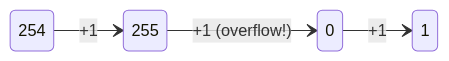
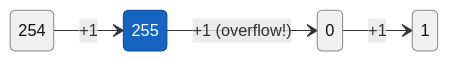
One commit to marcusjobb/YRGO-CLO26-HT26Kursmaterial changed the second of 3 diagrams in CLO26/kurs-01-grundlaggande-oop/01_verktyg_och_git/programmeringstermer/datatyper.md. Above: the diagram before and after it, drawn with Mermaid. The commit also changed other lines of this file and 388 other files, not shown here.

````diff
--- a/CLO26/kurs-01-grundlaggande-oop/01_verktyg_och_git/programmeringstermer/datatyper.md
+++ b/CLO26/kurs-01-grundlaggande-oop/01_verktyg_och_git/programmeringstermer/datatyper.md
@@ -56,11 +57,15 @@
 ```mermaid
 stateDiagram-v2
     direction LR
     s254: 254
     s255: 255
     s0: 0
     s1: 1
     s254 --> s255: +1
     s255 --> s0: +1 (overflow!)
     s0 --> s1: +1
+    classDef safe fill:#f0f0f0,stroke:#888,color:#111
+    classDef danger fill:#1565c0,stroke:#0d47a1,color:#fff
+    class s254,s0,s1 safe
+    class s255 danger
 ```
````
